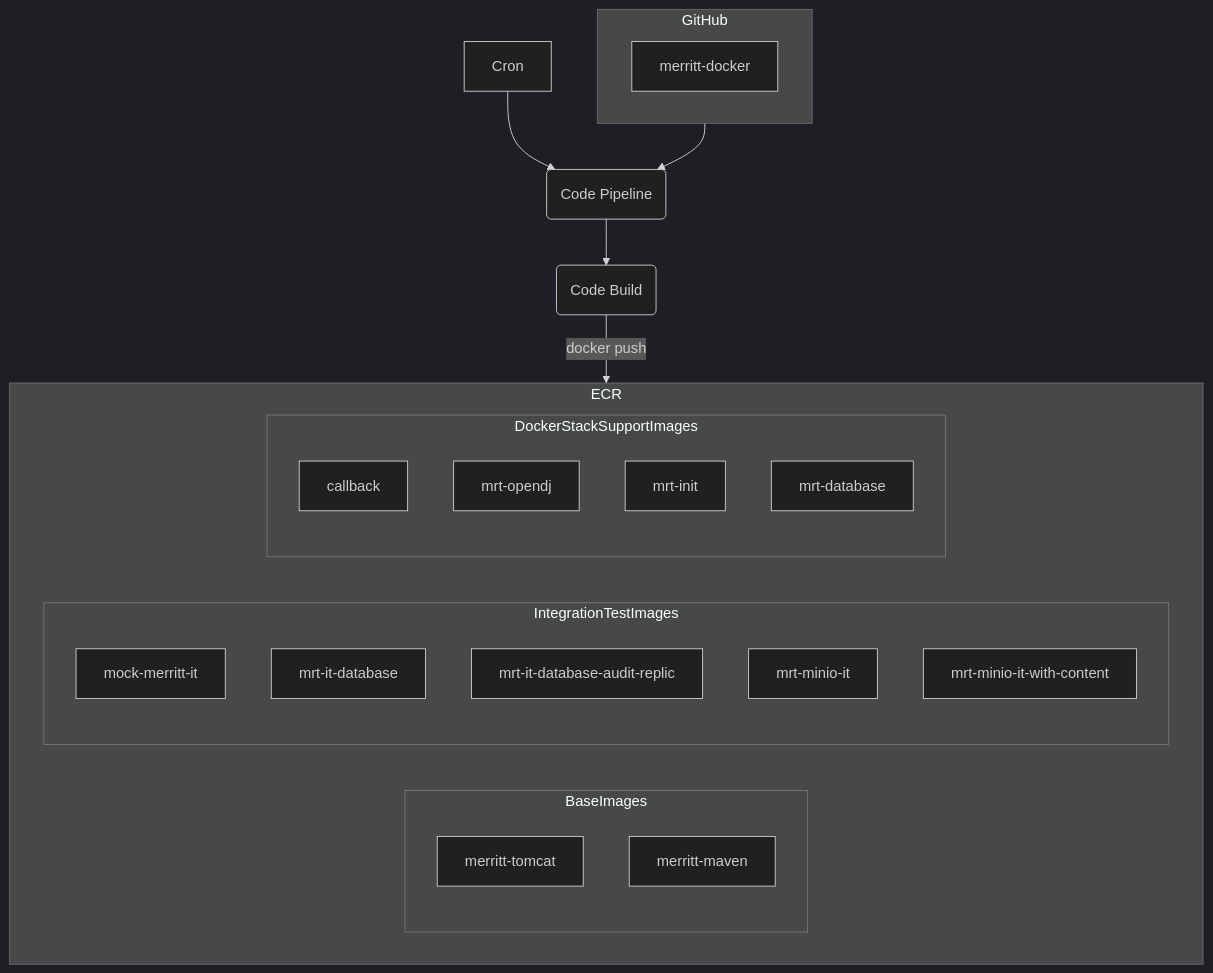
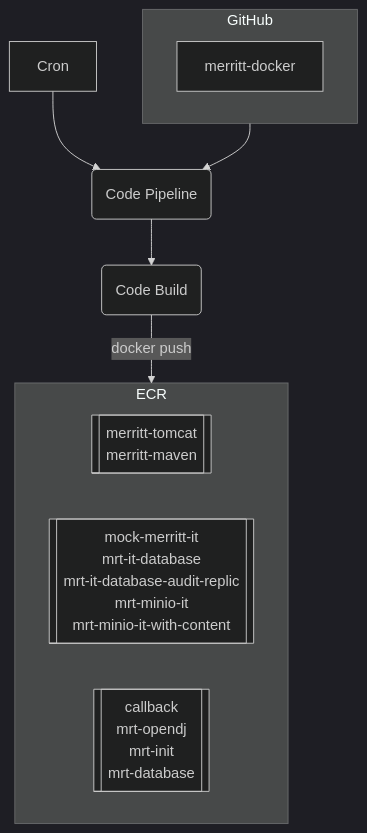
One commit to CDLUC3/mrt-doc changed the first of 13 diagrams in design/aws-build/README.md. Above: the diagram before and after it, drawn with Mermaid (dark theme). The commit also changed other lines of this file, not shown here.

````diff
--- a/design/aws-build/README.md
+++ b/design/aws-build/README.md
@@ -22,33 +22,33 @@
 ```mermaid
 graph TD
   subgraph GitHub
     merritt-docker
   end
   GitHub --> Pipeline
   Cron --> Pipeline
   Pipeline(Code Pipeline)
   Pipeline --> Build
   Build(Code Build)
   Build --> |docker push| ECR
   subgraph ECR
-    subgraph BaseImages
+    BaseImages[["`
       merritt-tomcat
       merritt-maven
-    end
+    `"]]
 
-    subgraph IntegrationTestImages
+    IntegrationTestImages[["`
       mock-merritt-it
       mrt-it-database
       mrt-it-database-audit-replic
       mrt-minio-it
       mrt-minio-it-with-content
-    end
+    `"]]
 
-    subgraph DockerStackSupportImages
+    DockerStackSupportImages[["`
       callback
       mrt-opendj
       mrt-init
       mrt-database
-    end
+    `"]]
   end
 ```
````
